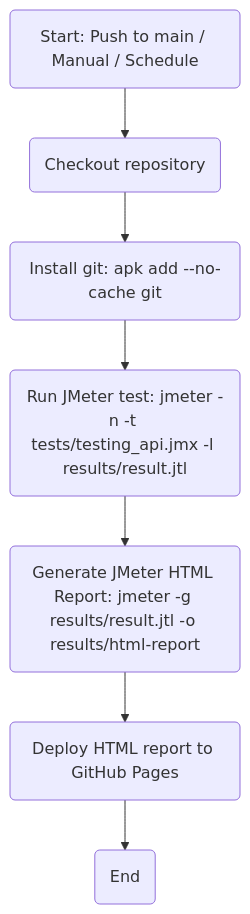
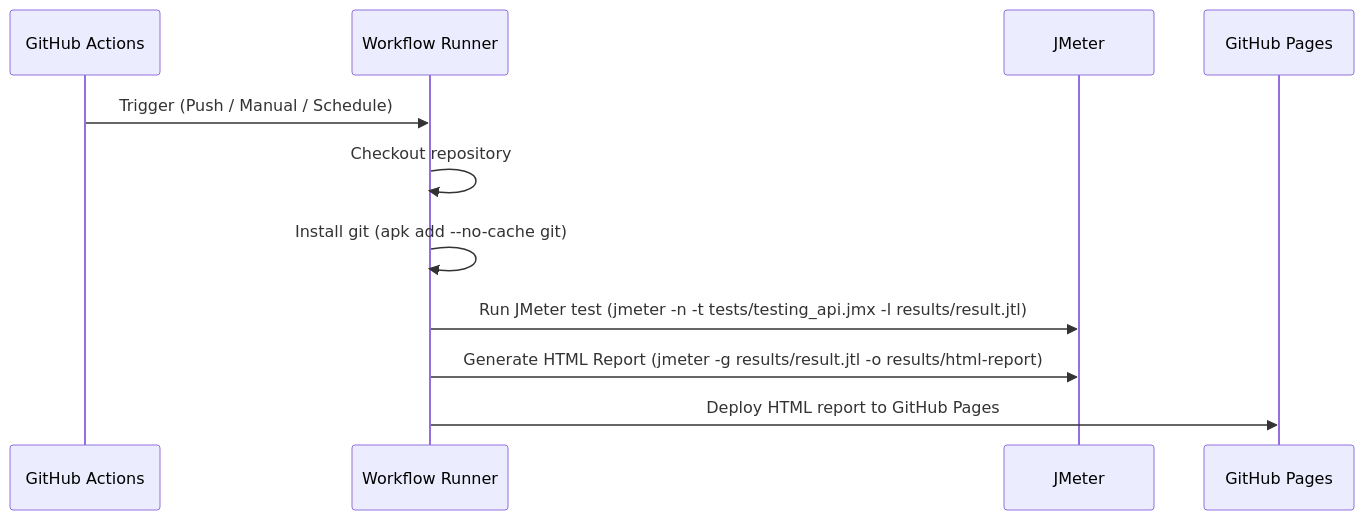
One commit to FelipeBarretoB/ecommerce-qa changed the diagram in README.md. Above: the diagram before and after it, drawn with Mermaid.

Commit message:
changed to squence diagrams

````diff
--- a/README.md
+++ b/README.md
@@ -23,12 +23,14 @@
 ```mermaid
-flowchart TD
-    A(Start: Push to main / Manual / Schedule)
-    B(Checkout repository)
-    C(Install git: apk add --no-cache git)
-    D(Run JMeter test: jmeter -n -t tests/testing_api.jmx -l results/result.jtl)
-    E(Generate JMeter HTML Report: jmeter -g results/result.jtl -o results/html-report)
-    F(Deploy HTML report to GitHub Pages)
-    G(End)
+sequenceDiagram
+    participant GitHub as GitHub Actions
+    participant Runner as Workflow Runner
+    participant JMeter as JMeter
+    participant Pages as GitHub Pages
 
-    A --> B --> C --> D --> E --> F --> G
+    GitHub->>Runner: Trigger (Push / Manual / Schedule)
+    Runner->>Runner: Checkout repository
+    Runner->>Runner: Install git (apk add --no-cache git)
+    Runner->>JMeter: Run JMeter test (jmeter -n -t tests/testing_api.jmx -l results/result.jtl)
+    Runner->>JMeter: Generate HTML Report (jmeter -g results/result.jtl -o results/html-report)
+    Runner->>Pages: Deploy HTML report to GitHub Pages
 ```
````
